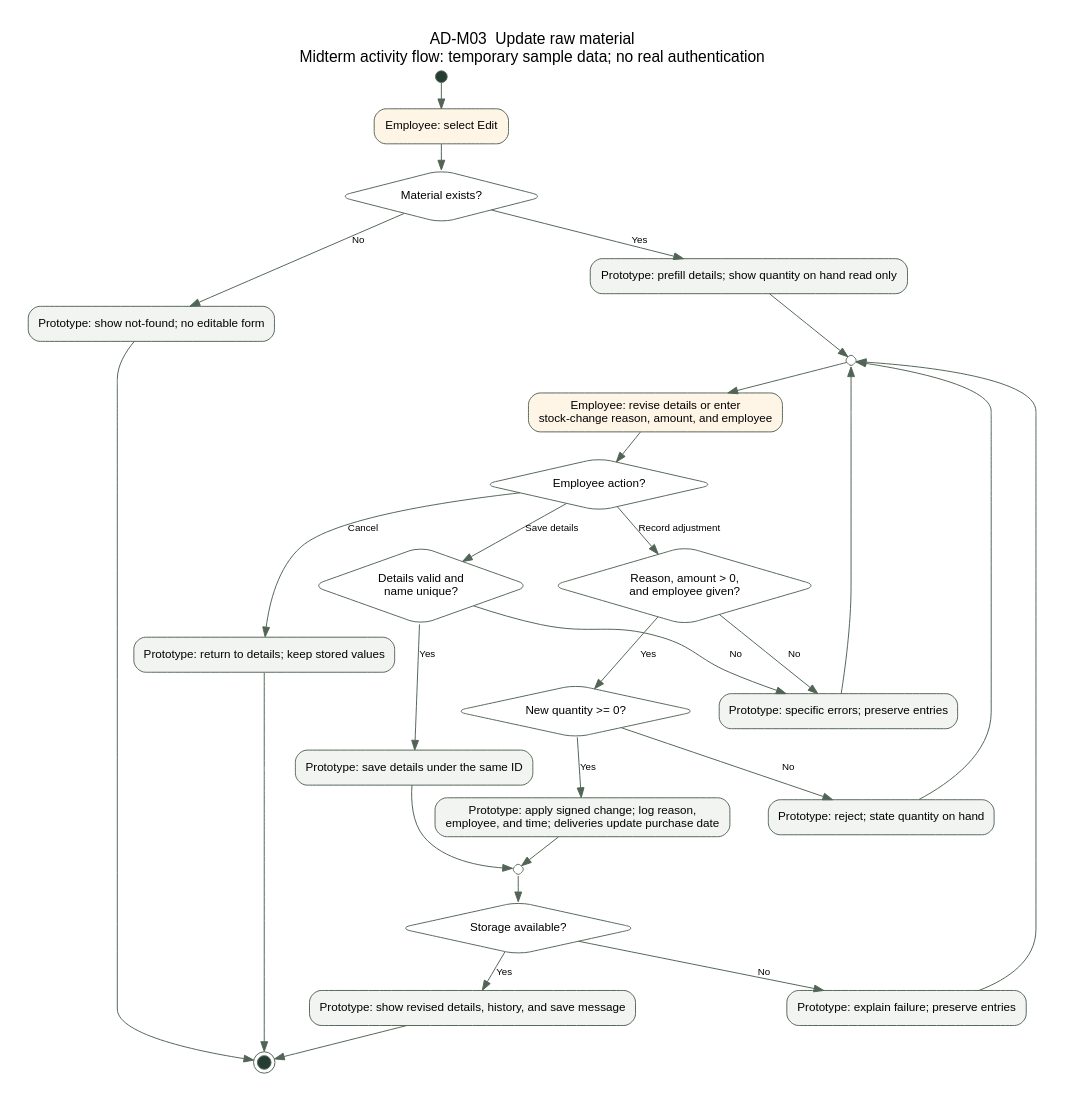
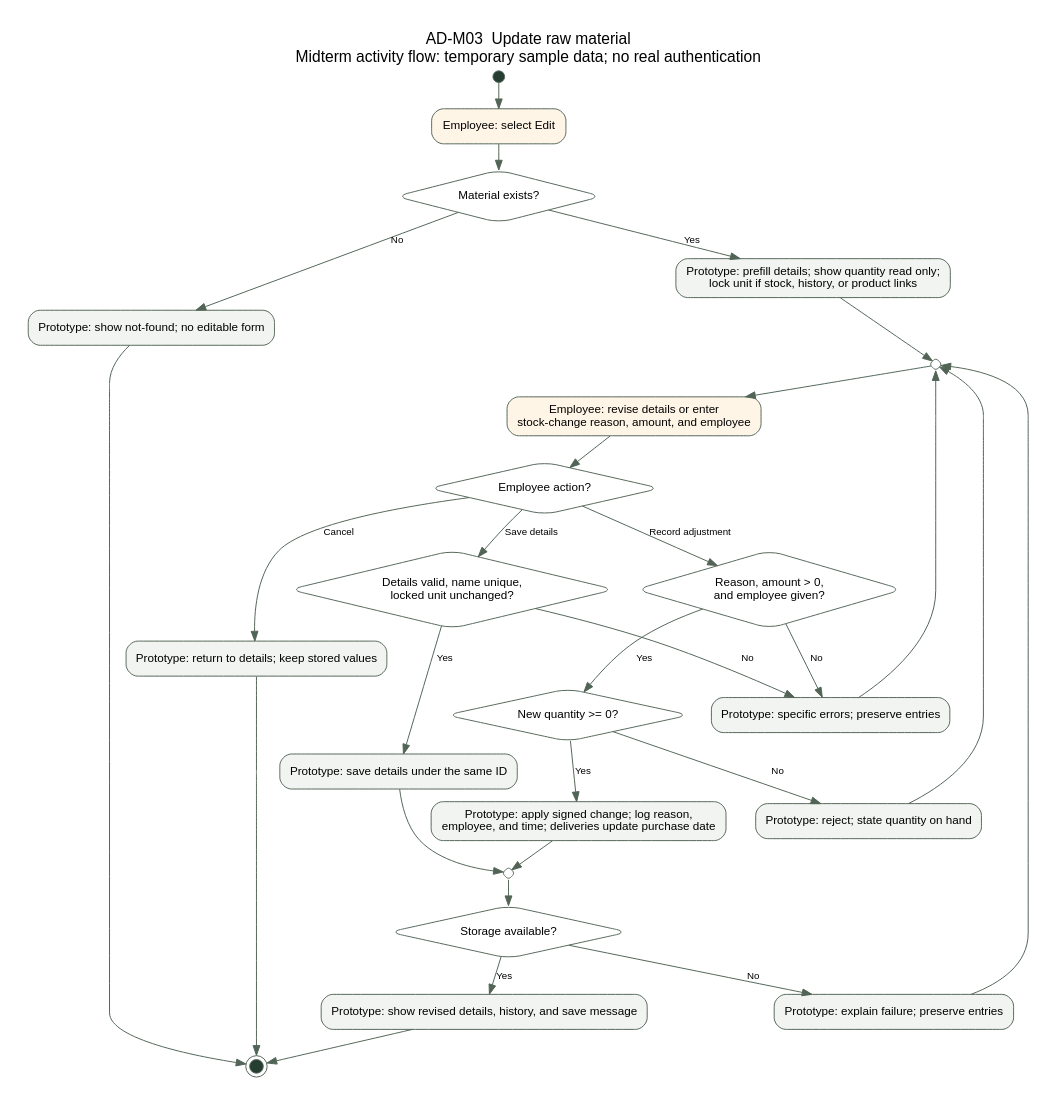
One commit to glick969/IS6465-Group-Project changed the diagram in docs/activity-diagrams/AD-M03.dot. Above: the diagram before and after it, drawn with Graphviz. The commit also changed 24 other files, not shown here.

```diff
--- a/docs/activity-diagrams/AD-M03.dot
+++ b/docs/activity-diagrams/AD-M03.dot
@@ -1,35 +1,36 @@
 digraph G { graph [rankdir=TB, bgcolor="white", pad="0.3", nodesep="0.3", ranksep="0.35", fontname="Arial", fontsize=16, labelloc=t]; node [shape=box,style="rounded,filled",fillcolor="#f2f4f1",color="#556659",fontname="Arial",fontsize=12,margin="0.15,0.10"]; edge [fontname="Arial",fontsize=10,color="#526456"]; start [shape=circle,label="",width=.16,style=filled,fillcolor="#263d32"]; end [shape=doublecircle,label="",width=.2,style=filled,fillcolor="#263d32"]; label="AD-M03  Update raw material\nMidterm activity flow: temporary sample data; no real authentication";
 
 open [label="Employee: select Edit",fillcolor="#fff5e7"];
 exists [shape=diamond,label="Material exists?",fillcolor="#ffffff"];
 missing [label="Prototype: show not-found; no editable form"];
-form [label="Prototype: prefill details; show quantity on hand read only"];
+form [label="Prototype: prefill details; show quantity read only;
+lock unit if stock, history, or product links"];
 mergeEdit [shape=diamond,label="",width=.18,height=.18,fixedsize=true,fillcolor="white"];
 edit [label="Employee: revise details or enter
 stock-change reason, amount, and employee",fillcolor="#fff5e7"];
 action [shape=diamond,label="Employee action?",fillcolor="#ffffff"];
 cancel [label="Prototype: return to details; keep stored values"];
-validD [shape=diamond,label="Details valid and
-name unique?",fillcolor="#ffffff"];
+validD [shape=diamond,label="Details valid, name unique,
+locked unit unchanged?",fillcolor="#ffffff"];
 validA [shape=diamond,label="Reason, amount > 0,
 and employee given?",fillcolor="#ffffff"];
 errors [label="Prototype: specific errors; preserve entries"];
 zero [shape=diamond,label="New quantity >= 0?",fillcolor="#ffffff"];
 reject [label="Prototype: reject; state quantity on hand"];
 saveD [label="Prototype: save details under the same ID"];
 saveA [label="Prototype: apply signed change; log reason,
 employee, and time; deliveries update purchase date"];
 mergeSave [shape=diamond,label="",width=.18,height=.18,fixedsize=true,fillcolor="white"];
 stored [shape=diamond,label="Storage available?",fillcolor="#ffffff"];
 failure [label="Prototype: explain failure; preserve entries"];
 success [label="Prototype: show revised details, history, and save message"];
 start -> open -> exists; exists -> missing [label="No"]; missing -> end;
 exists -> form [label="Yes"]; form -> mergeEdit -> edit -> action;
 action -> cancel [label="Cancel"]; cancel -> end;
 action -> validD [label="Save details"]; validD -> errors [label="No"]; validD -> saveD [label="Yes"];
 action -> validA [label="Record adjustment"]; validA -> errors [label="No"]; validA -> zero [label="Yes"];
 zero -> reject [label="No"]; reject -> mergeEdit; zero -> saveA [label="Yes"];
 errors -> mergeEdit;
 saveD -> mergeSave; saveA -> mergeSave; mergeSave -> stored;
 stored -> success [label="Yes"]; success -> end; stored -> failure [label="No"]; failure -> mergeEdit;
 }
```
